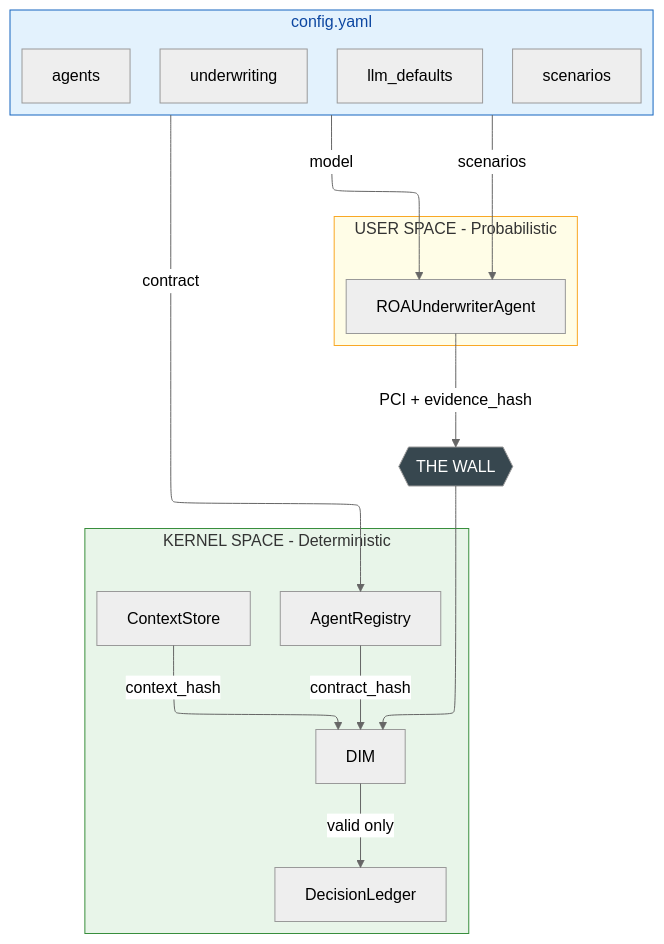
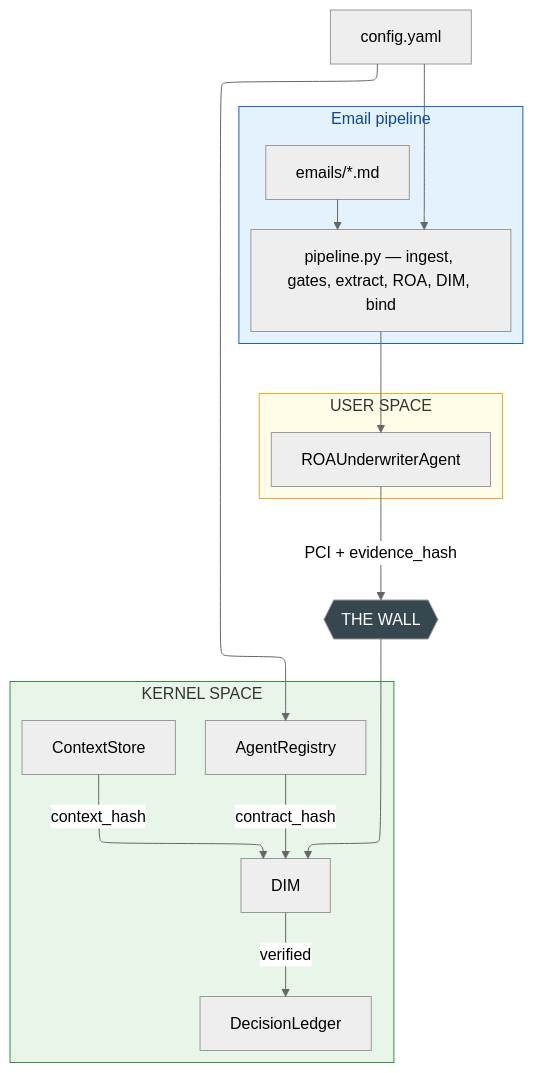
The first of 2 diagrams in samples/33_insurance_underwriting/README.md (huka81/decision-intelligence-runtime), drawn with Mermaid (neutral theme) before and after one commit. The commit also changed other lines of this file and 17 other files, not shown here.

````diff
--- a/samples/33_insurance_underwriting/README.md
+++ b/samples/33_insurance_underwriting/README.md
@@ -96,42 +139,42 @@
 ```mermaid
 ---
 config:
   layout: elk
 ---
 flowchart TB
-    subgraph CFG["config.yaml"]
-        direction TB
-        UW["underwriting"]
-        LLM["llm_defaults"]
-        AG["agents"]
-        SC["scenarios"]
+    CFG["config.yaml"]
+
+    subgraph DEF["Email pipeline"]
+        MD["emails/*.md"]
+        PL["pipeline.py — ingest, gates, extract, ROA, DIM, bind"]
+        MD --> PL
     end
 
-    subgraph US["USER SPACE - Probabilistic"]
+    subgraph US["USER SPACE"]
         ROA["ROAUnderwriterAgent"]
     end
 
     WALL{{"THE WALL"}}
 
-    subgraph KS["KERNEL SPACE - Deterministic"]
+    subgraph KS["KERNEL SPACE"]
         REG["AgentRegistry"]
         CS["ContextStore"]
         DIM["DIM"]
         LEDGER["DecisionLedger"]
     end
 
-    CFG -->|contract| REG
-    CFG -->|scenarios| ROA
-    CFG -->|model| ROA
+    CFG --> REG
+    CFG --> PL
+    PL --> ROA
 
     ROA -->|"PCI + evidence_hash"| WALL
     WALL --> DIM
     REG -->|contract_hash| DIM
     CS -->|context_hash| DIM
-    DIM -->|valid only| LEDGER
+    DIM -->|verified| LEDGER
 
     style US fill:#fffde7,stroke:#f9a825,color:#333
     style KS fill:#e8f5e9,stroke:#388e3c,color:#333
     style WALL fill:#37474f,color:#fff
-    style CFG fill:#e3f2fd,stroke:#1565c0,color:#0d47a1
+    style DEF fill:#e3f2fd,stroke:#1565c0,color:#0d47a1
 ```
````
